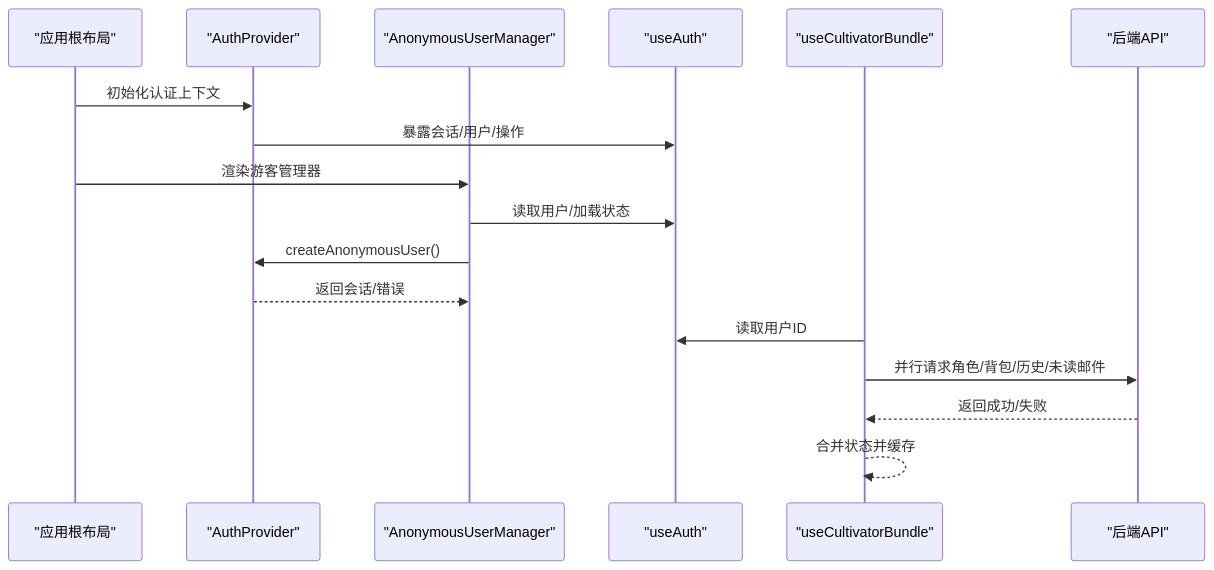
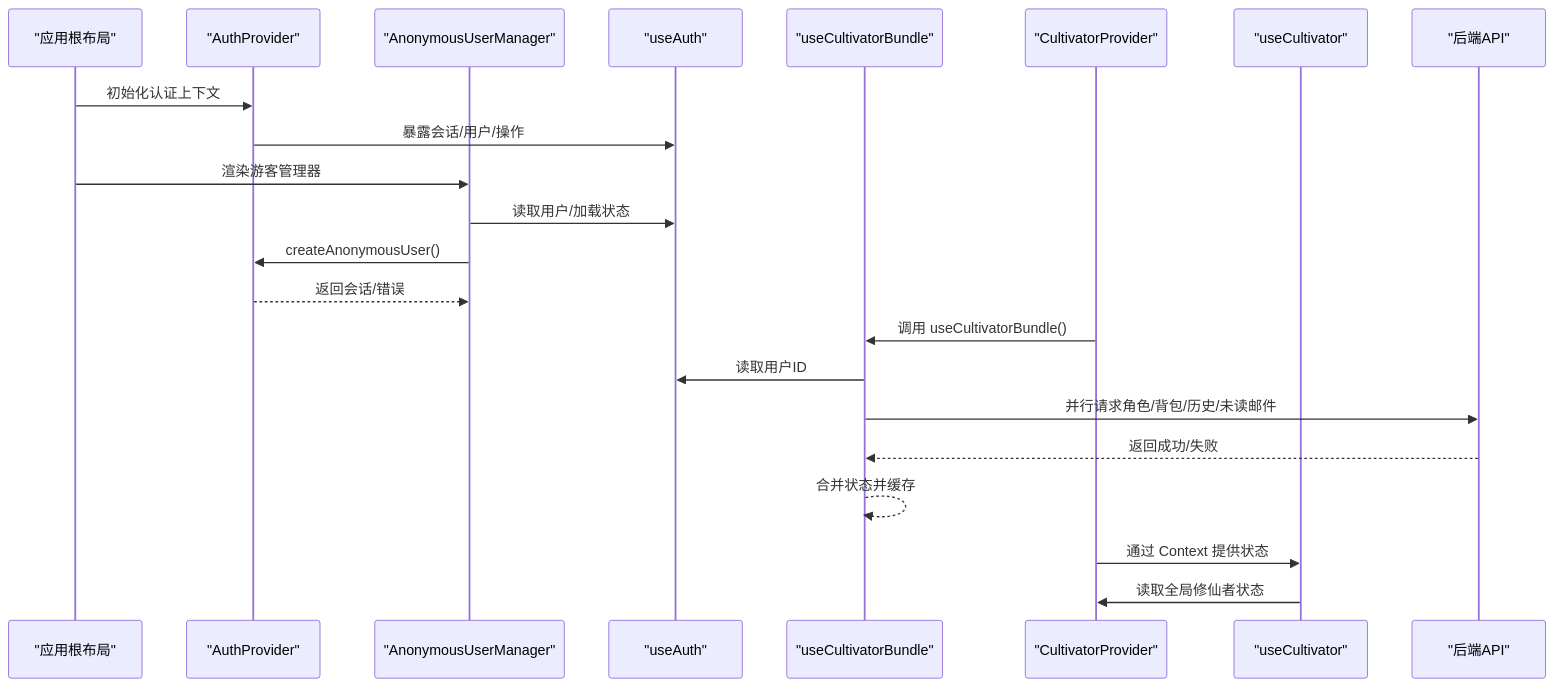
One commit to ChurchTao/Daoyou changed the second of 7 diagrams in .qoder/repowiki/zh/content/前端架构/状态管理.md. Above: the diagram before and after it, drawn with Mermaid. The commit also changed other lines of this file and 14 other files, not shown here.

````diff
--- a/.qoder/repowiki/zh/content/前端架构/状态管理.md
+++ b/.qoder/repowiki/zh/content/前端架构/状态管理.md
@@ -127,19 +143,24 @@
 ```mermaid
 sequenceDiagram
 participant App as "应用根布局"
 participant Auth as "AuthProvider"
 participant Anon as "AnonymousUserManager"
 participant Ctx as "useAuth"
-participant Hook as "useCultivatorBundle"
+participant Bundle as "useCultivatorBundle"
+participant Provider as "CultivatorProvider"
+participant Hook as "useCultivator"
 participant API as "后端API"
 App->>Auth : 初始化认证上下文
 Auth->>Ctx : 暴露会话/用户/操作
 App->>Anon : 渲染游客管理器
 Anon->>Ctx : 读取用户/加载状态
 Anon->>Auth : createAnonymousUser()
 Auth-->>Anon : 返回会话/错误
-Hook->>Ctx : 读取用户ID
-Hook->>API : 并行请求角色/背包/历史/未读邮件
-API-->>Hook : 返回成功/失败
-Hook-->>Hook : 合并状态并缓存
+Provider->>Bundle : 调用 useCultivatorBundle()
+Bundle->>Ctx : 读取用户ID
+Bundle->>API : 并行请求角色/背包/历史/未读邮件
+API-->>Bundle : 返回成功/失败
+Bundle-->>Bundle : 合并状态并缓存
+Provider->>Hook : 通过 Context 提供状态
+Hook->>Provider : 读取全局修仙者状态
 ```
````
